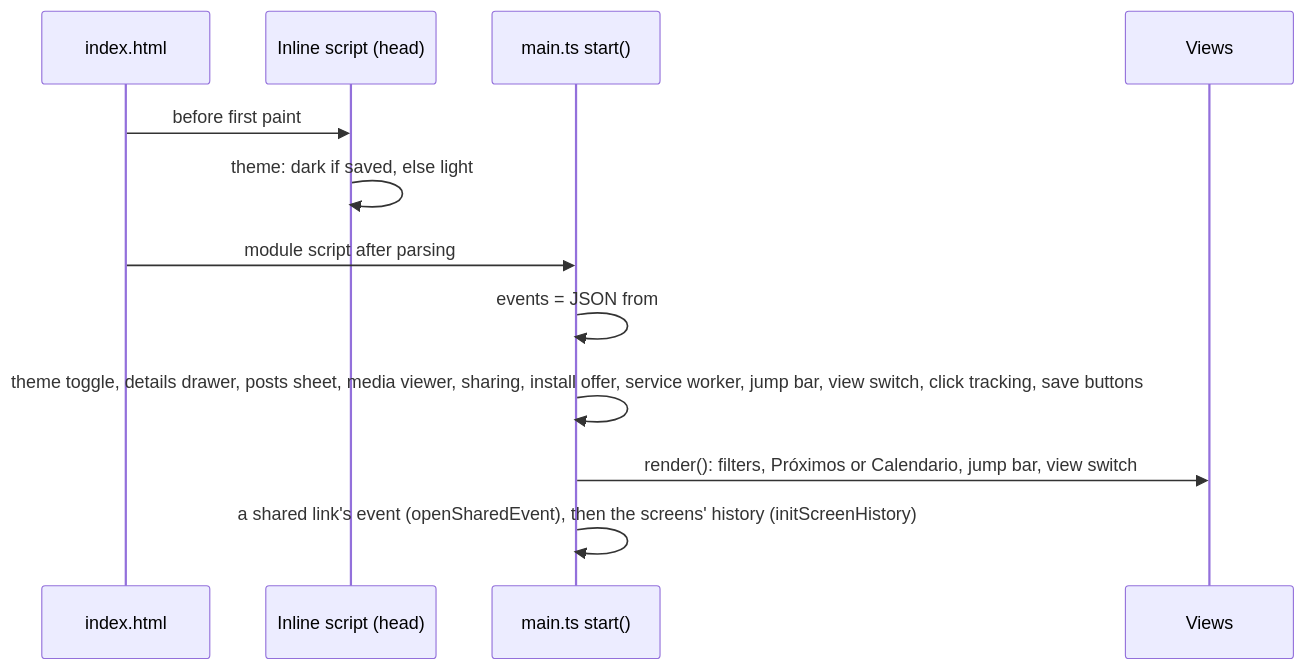
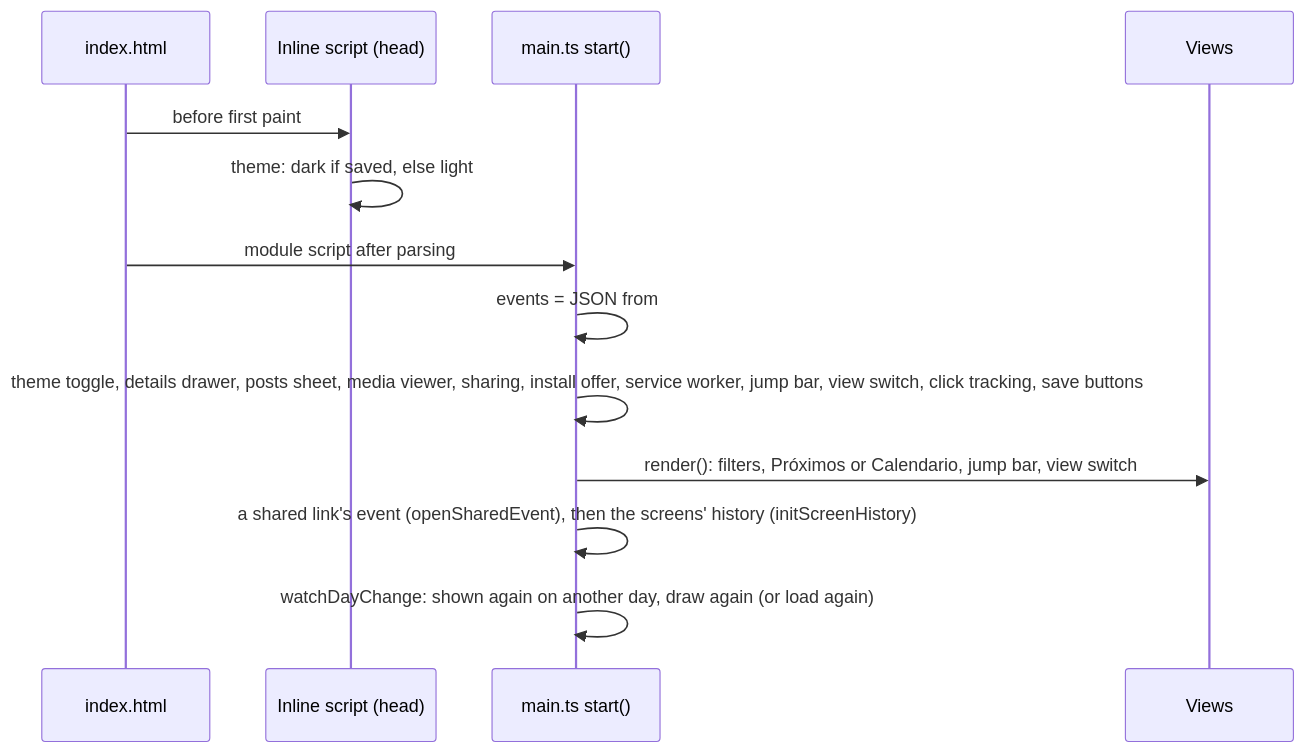
Before and after one commit to pa-bailar/pa-bailar.github.io: the sixth of 9 diagrams in docs/ARCHITECTURE.md, drawn with Mermaid. The commit also changed other lines of this file and 28 other files, not shown here.

````diff
--- a/docs/ARCHITECTURE.md
+++ b/docs/ARCHITECTURE.md
@@ -329,15 +334,16 @@
 ```mermaid
 sequenceDiagram
     participant H as index.html
     participant I as Inline script (head)
     participant M as main.ts start()
     participant V as Views
 
     H->>I: before first paint
     I->>I: theme: dark if saved, else light
     H->>M: module script after parsing
     M->>M: events = JSON from #events-data
     M->>M: theme toggle, details drawer, posts sheet, media viewer, sharing, install offer, service worker, jump bar, view switch, click tracking, save buttons
     M->>V: render(): filters, Próximos or Calendario, jump bar, view switch
     M->>M: a shared link's event (openSharedEvent), then the screens' history (initScreenHistory)
+    M->>M: watchDayChange: shown again on another day, draw again (or load again)
 ```
````
